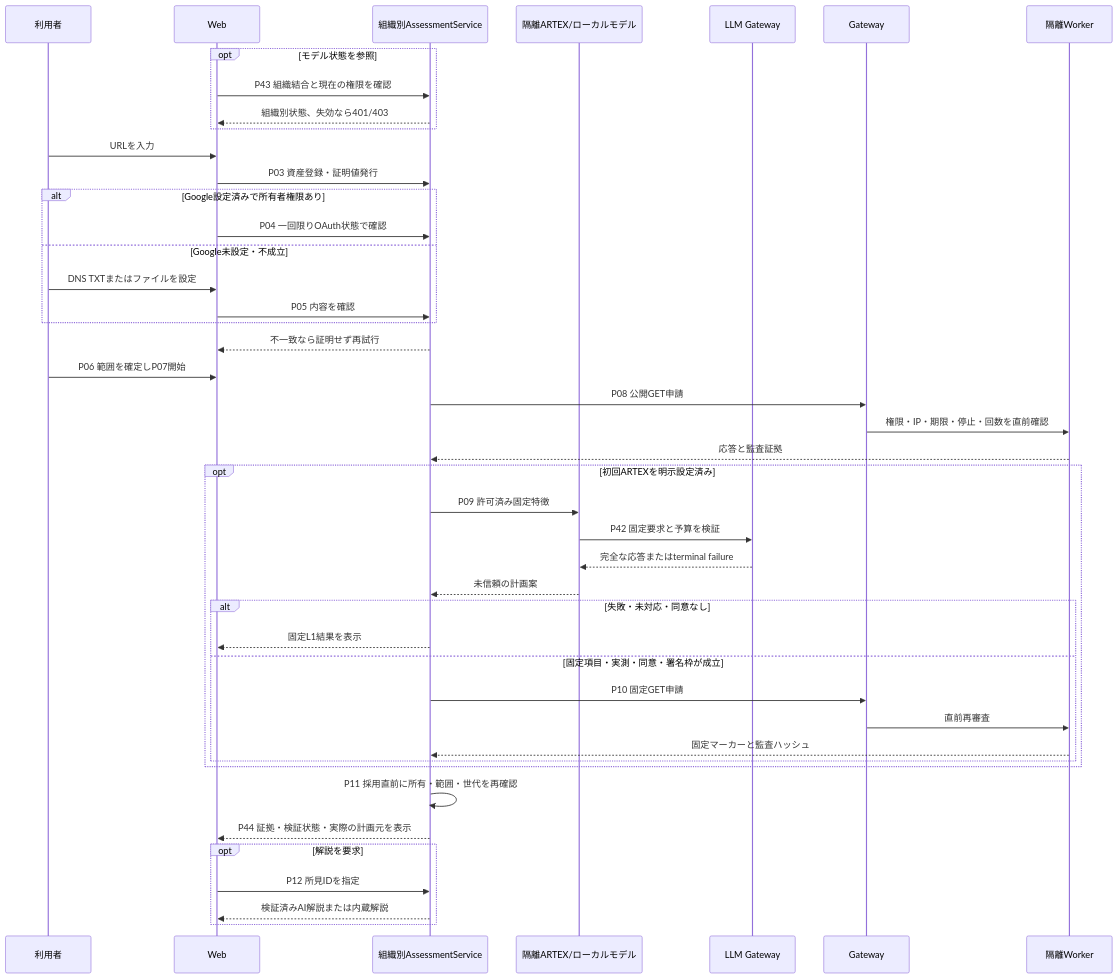
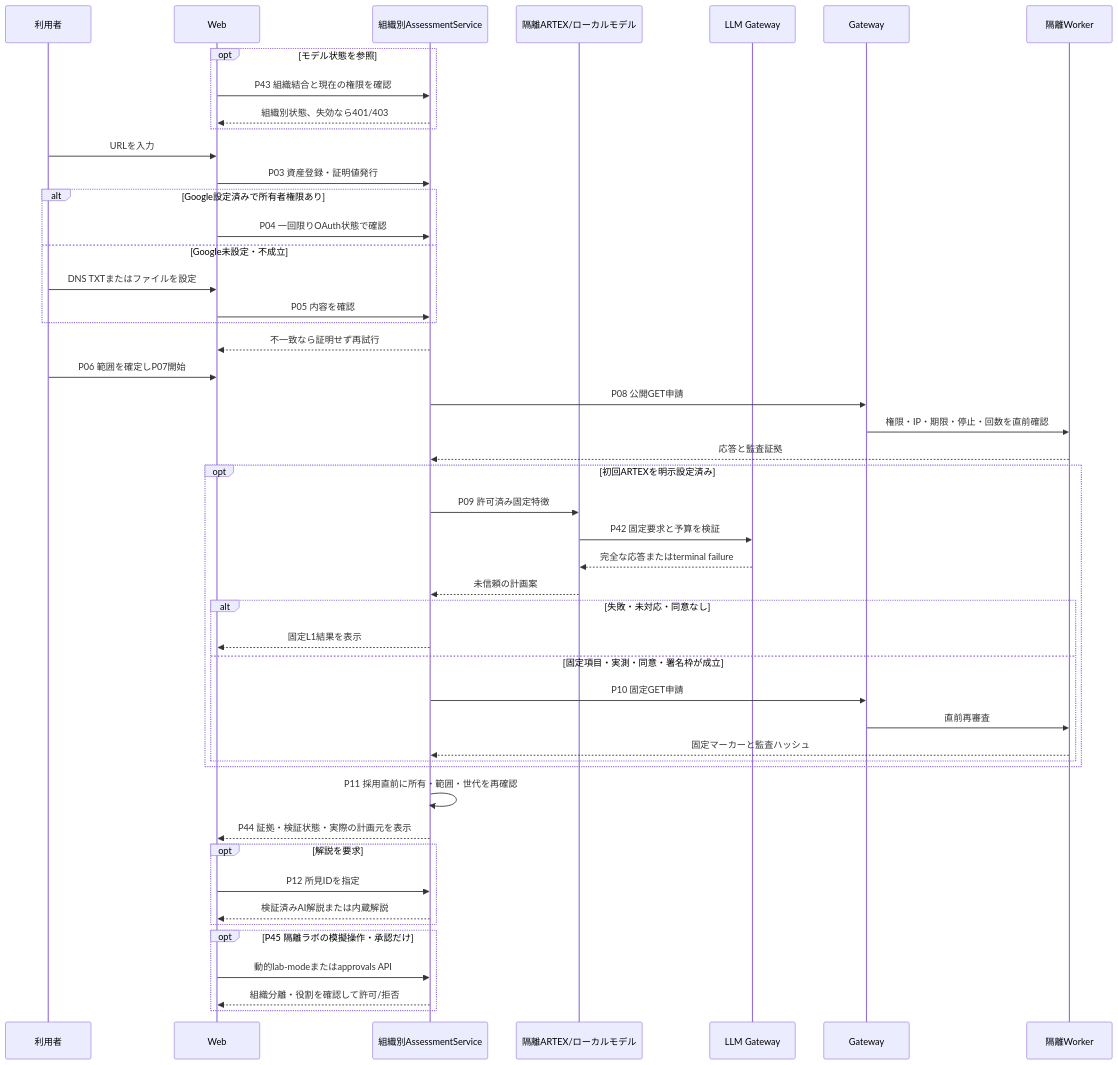
One commit to FORIFOR/Vulnix changed the second of 4 diagrams in docs/CURRENT_FLOW.md. Above: the diagram before and after it, drawn with Mermaid. The commit also changed other lines of this file and 4 other files, not shown here.

Commit message:
Map dynamic lab and approval routes in flow audit

````diff
--- a/docs/CURRENT_FLOW.md
+++ b/docs/CURRENT_FLOW.md
@@ -87,46 +88,50 @@
 ```mermaid
 sequenceDiagram
   participant U as 利用者
   participant UI as Web
   participant S as 組織別AssessmentService
   participant A as 隔離ARTEX/ローカルモデル
   participant L as LLM Gateway
   participant G as Gateway
   participant W as 隔離Worker
   opt モデル状態を参照
     UI->>S: P43 組織結合と現在の権限を確認
     S-->>UI: 組織別状態、失効なら401/403
   end
   U->>UI: URLを入力
   UI->>S: P03 資産登録・証明値発行
   alt Google設定済みで所有者権限あり
     UI->>S: P04 一回限りOAuth状態で確認
   else Google未設定・不成立
     U->>UI: DNS TXTまたはファイルを設定
     UI->>S: P05 内容を確認
   end
   S-->>UI: 不一致なら証明せず再試行
   U->>UI: P06 範囲を確定しP07開始
   S->>G: P08 公開GET申請
   G->>W: 権限・IP・期限・停止・回数を直前確認
   W-->>S: 応答と監査証拠
   opt 初回ARTEXを明示設定済み
     S->>A: P09 許可済み固定特徴
     A->>L: P42 固定要求と予算を検証
     L-->>A: 完全な応答またはterminal failure
     A-->>S: 未信頼の計画案
     alt 失敗・未対応・同意なし
       S-->>UI: 固定L1結果を表示
     else 固定項目・実測・同意・署名枠が成立
       S->>G: P10 固定GET申請
       G->>W: 直前再審査
       W-->>S: 固定マーカーと監査ハッシュ
     end
   end
   S->>S: P11 採用直前に所有・範囲・世代を再確認
   S-->>UI: P44 証拠・検証状態・実際の計画元を表示
   opt 解説を要求
     UI->>S: P12 所見IDを指定
     S-->>UI: 検証済みAI解説または内蔵解説
   end
+  opt P45 隔離ラボの模擬操作・承認だけ
+    UI->>S: 動的lab-modeまたはapprovals API
+    S-->>UI: 組織分離・役割を確認して許可/拒否
+  end
 ```
````
